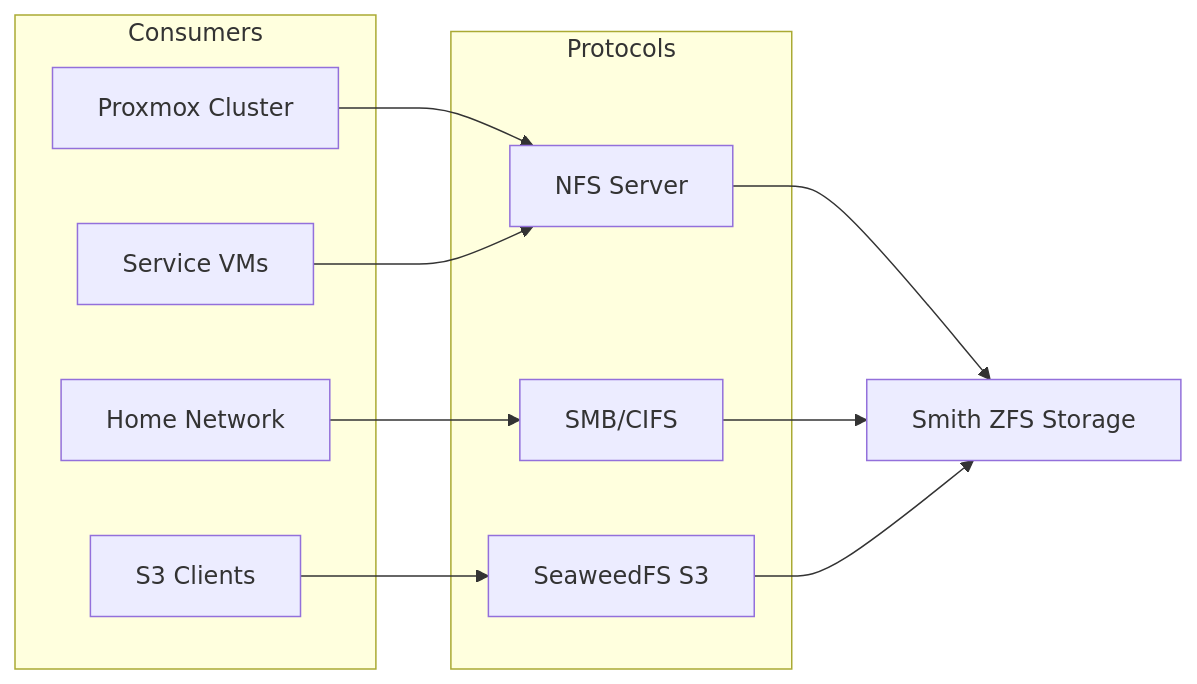
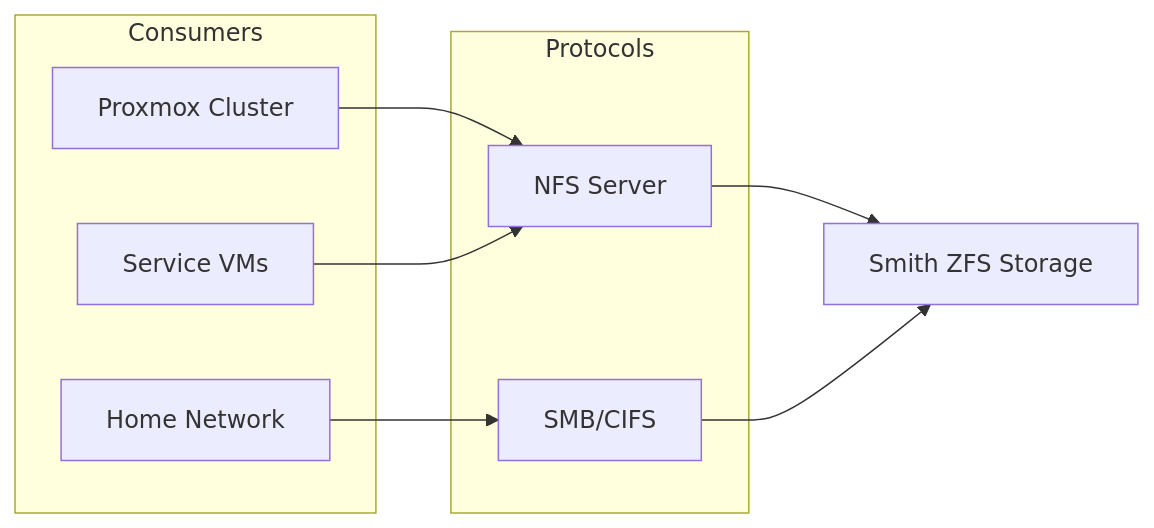
The first of 2 diagrams in docs/storage.md (shedrachokonofua/aether), drawn with Mermaid before and after one commit. The commit also changed other lines of this file and 29 other files, not shown here.

````diff
--- a/docs/storage.md
+++ b/docs/storage.md
@@ -7,23 +7,20 @@
 ```mermaid
 graph LR
     subgraph Consumers
         PVE["Proxmox Cluster"]
         VMs["Service VMs"]
         HomeNet["Home Network"]
-        Apps["S3 Clients"]
     end
 
     subgraph Protocols
         NFS["NFS Server"]
         SMB["SMB/CIFS"]
-        S3["SeaweedFS S3"]
     end
 
     Smith["Smith ZFS Storage"]
 
     PVE & VMs --> NFS
     HomeNet --> SMB
-    Apps --> S3
     
-    NFS & SMB & S3 --> Smith
+    NFS & SMB --> Smith
 ```
````
